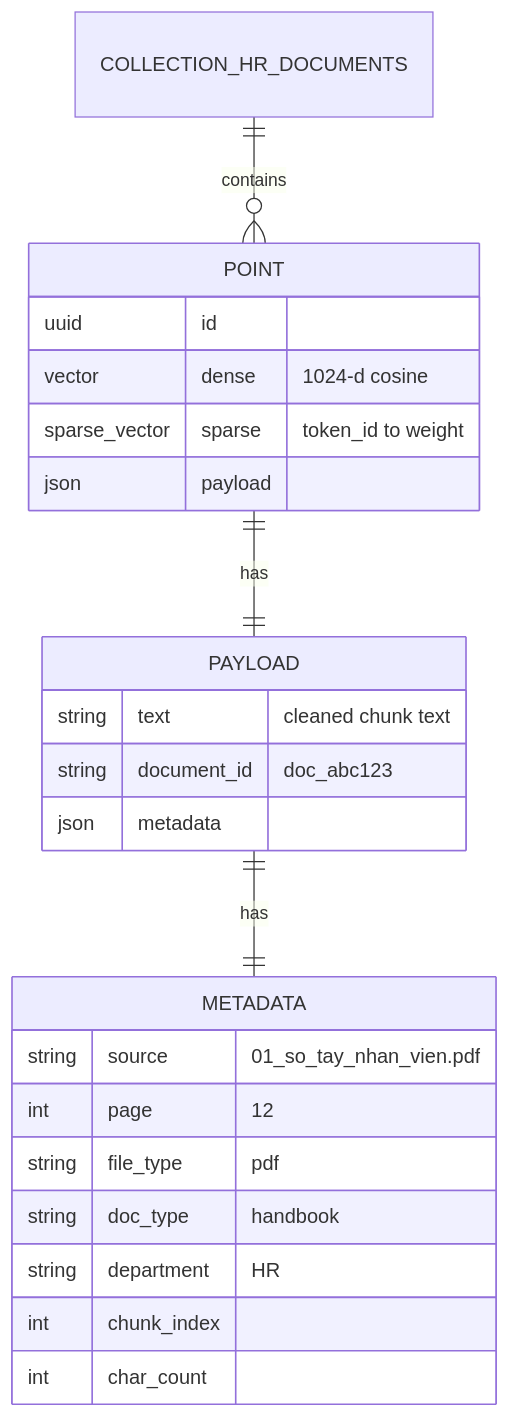
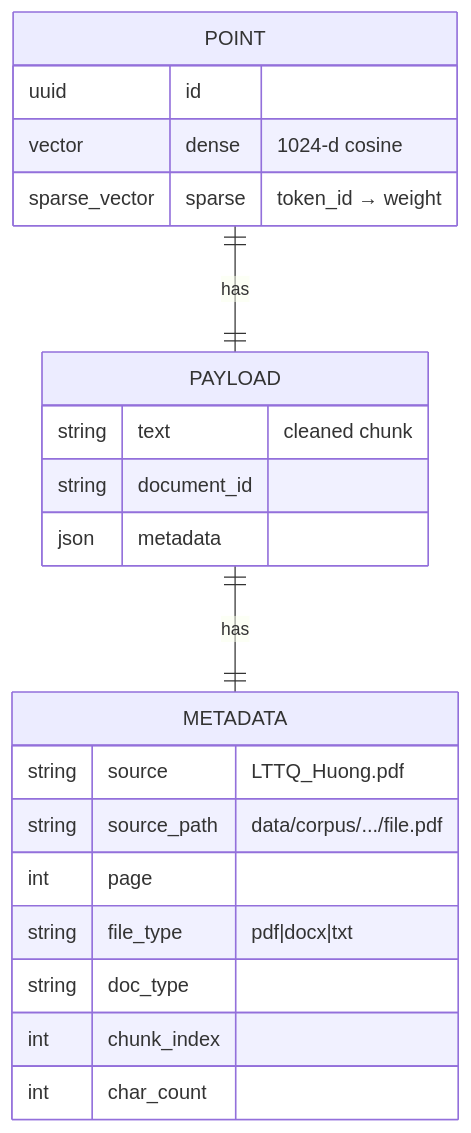
One commit to tuannguyencoder2002/hr-document-search changed the sixth of 9 diagrams in PIPELINE.md. Above: the diagram before and after it, drawn with Mermaid. The commit also changed other lines of this file, not shown here.

First line of the commit message:
docs: rewrite PIPELINE.md for current architecture

````diff
--- a/PIPELINE.md
+++ b/PIPELINE.md
@@ -147,26 +158,24 @@
 ```mermaid
 erDiagram
-    COLLECTION_HR_DOCUMENTS ||--o{ POINT : contains
     POINT {
         uuid id
         vector dense "1024-d cosine"
-        sparse_vector sparse "token_id to weight"
-        json payload
+        sparse_vector sparse "token_id → weight"
     }
     POINT ||--|| PAYLOAD : has
     PAYLOAD {
-        string text "cleaned chunk text"
-        string document_id "doc_abc123"
+        string text "cleaned chunk"
+        string document_id
         json metadata
     }
     PAYLOAD ||--|| METADATA : has
     METADATA {
-        string source "01_so_tay_nhan_vien.pdf"
-        int page "12"
-        string file_type "pdf"
-        string doc_type "handbook"
-        string department "HR"
+        string source "LTTQ_Huong.pdf"
+        string source_path "data/corpus/.../file.pdf"
+        int page
+        string file_type "pdf|docx|txt"
+        string doc_type
         int chunk_index
         int char_count
     }
 ```
````
